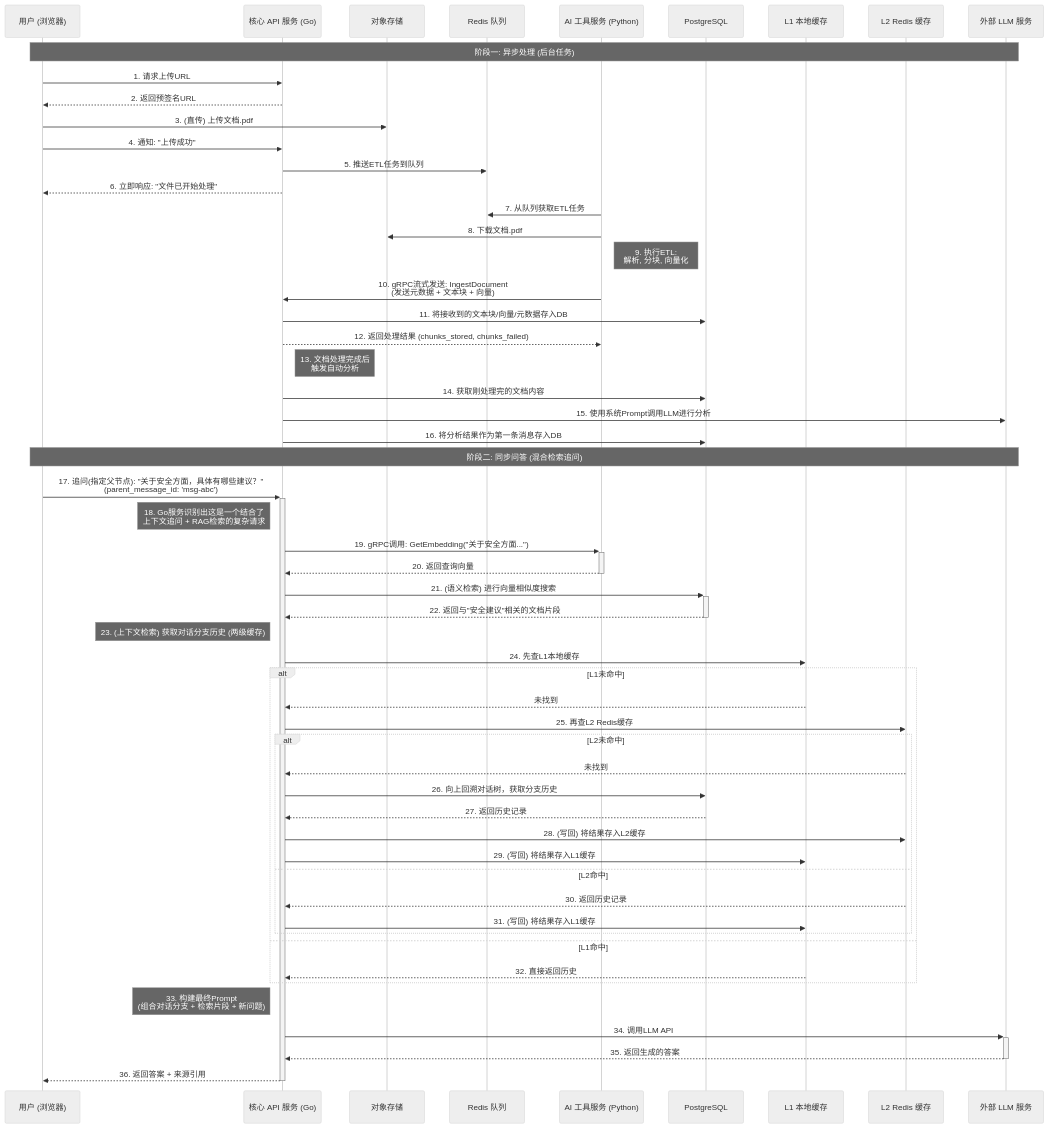
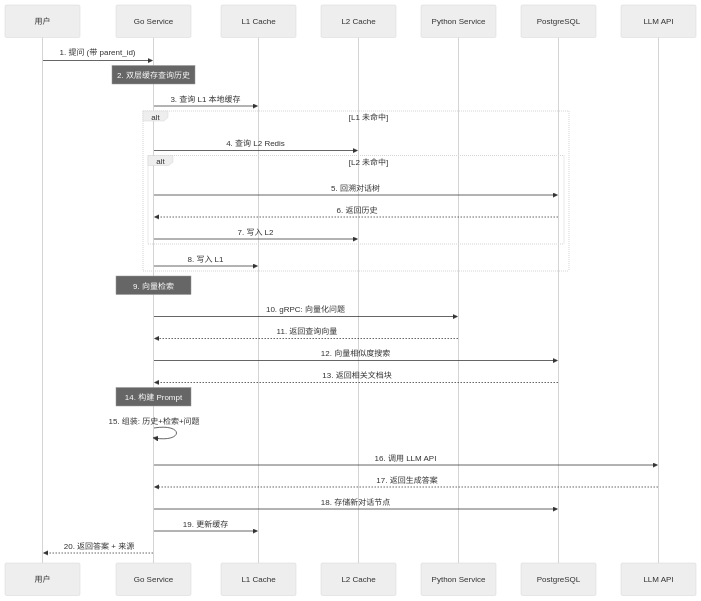
One commit to ZZZZZiggy/BranchGPT changed the third of 3 diagrams in README.md. Above: the diagram before and after it, drawn with Mermaid (neutral theme). The commit also changed other lines of this file and 14 other files, not shown here.

````diff
--- a/README.md
+++ b/README.md
@@ -179,72 +211,39 @@
 ```mermaid
 sequenceDiagram
-    participant User as 用户 (浏览器)
-    participant GoService as 核心 API 服务 (Go)
-    participant S3 as 对象存储
-    participant Redis as Redis 队列
-    participant PythonService as AI 工具服务 (Python)
-    participant DB as PostgreSQL
-    participant L1Cache as L1 本地缓存
-    participant L2Cache as L2 Redis 缓存
-    participant LLM as 外部 LLM 服务
+    participant User as 用户
+    participant Go as Go Service
+    participant L1 as L1 Cache
+    participant Redis as L2 Cache
+    participant Python as Python Service
+    participant PG as PostgreSQL
+    participant LLM as LLM API
 
-    Note over User,LLM: 阶段一: 异步处理 (后台任务)
+    User->>Go: 1. 提问 (带 parent_id)
 
-    User->>GoService: 1. 请求上传URL
-    GoService-->>User: 2. 返回预签名URL
-
-    User->>S3: 3. (直传) 上传文档.pdf
-
-    User->>GoService: 4. 通知: "上传成功"
-    GoService->>Redis: 5. 推送ETL任务到队列
-    GoService-->>User: 6. 立即响应: "文件已开始处理"
-
-    PythonService->>Redis: 7. 从队列获取ETL任务
-    PythonService->>S3: 8. 下载文档.pdf
-    Note right of PythonService: 9. 执行ETL:<br/>解析, 分块, 向量化
-    PythonService->>GoService: 10. gRPC流式发送: IngestDocument<br/>(发送元数据 + 文本块 + 向量)
-    GoService->>DB: 11. 将接收到的文本块/向量/元数据存入DB
-    GoService-->>PythonService: 12. 返回处理结果 (chunks_stored, chunks_failed)
-
-    Note right of GoService: 13. 文档处理完成后<br/>触发自动分析
-    GoService->>DB: 14. 获取刚处理完的文档内容
-    GoService->>LLM: 15. 使用系统Prompt调用LLM进行分析
-    GoService->>DB: 16. 将分析结果作为第一条消息存入DB
-
-    Note over User,LLM: 阶段二: 同步问答 (混合检索追问)
-
-    User->>+GoService: 17. 追问(指定父节点): "关于安全方面，具体有哪些建议？"<br/>(parent_message_id: 'msg-abc')
-
-    Note left of GoService: 18. Go服务识别出这是一个结合了<br/>上下文追问 + RAG检索的复杂请求
-
-    GoService->>+PythonService: 19. gRPC调用: GetEmbedding("关于安全方面...")
-    PythonService-->>-GoService: 20. 返回查询向量
-
-    GoService->>+DB: 21. (语义检索) 进行向量相似度搜索
-    DB-->>-GoService: 22. 返回与"安全建议"相关的文档片段
-
-    Note left of GoService: 23. (上下文检索) 获取对话分支历史 (两级缓存)
-    GoService->>L1Cache: 24. 先查L1本地缓存
-    alt L1未命中
-        L1Cache-->>GoService: 未找到
-        GoService->>L2Cache: 25. 再查L2 Redis缓存
-        alt L2未命中
-            L2Cache-->>GoService: 未找到
-            GoService->>DB: 26. 向上回溯对话树，获取分支历史
-            DB-->>GoService: 27. 返回历史记录
-            GoService->>L2Cache: 28. (写回) 将结果存入L2缓存
-            GoService->>L1Cache: 29. (写回) 将结果存入L1缓存
-        else L2命中
-            L2Cache-->>GoService: 30. 返回历史记录
-            GoService->>L1Cache: 31. (写回) 将结果存入L1缓存
+    Note over Go: 2. 双层缓存查询历史
+    Go->>L1: 3. 查询 L1 本地缓存
+    alt L1 未命中
+        Go->>Redis: 4. 查询 L2 Redis
+        alt L2 未命中
+            Go->>PG: 5. 回溯对话树
+            PG-->>Go: 6. 返回历史
+            Go->>Redis: 7. 写入 L2
         end
-    else L1命中
-        L1Cache-->>GoService: 32. 直接返回历史
+        Go->>L1: 8. 写入 L1
     end
 
-    Note left of GoService: 33. 构建最终Prompt<br/>(组合对话分支 + 检索片段 + 新问题)
+    Note over Go: 9. 向量检索
+    Go->>Python: 10. gRPC: 向量化问题
+    Python-->>Go: 11. 返回查询向量
+    Go->>PG: 12. 向量相似度搜索
+    PG-->>Go: 13. 返回相关文档块
 
-    GoService->>+LLM: 34. 调用LLM API
-    LLM-->>-GoService: 35. 返回生成的答案
-    GoService-->>-User: 36. 返回答案 + 来源引用
+    Note over Go: 14. 构建 Prompt
+    Go->>Go: 15. 组装: 历史+检索+问题
+    Go->>LLM: 16. 调用 LLM API
+    LLM-->>Go: 17. 返回生成答案
+
+    Go->>PG: 18. 存储新对话节点
+    Go->>L1: 19. 更新缓存
+    Go-->>User: 20. 返回答案 + 来源
 ```
````
